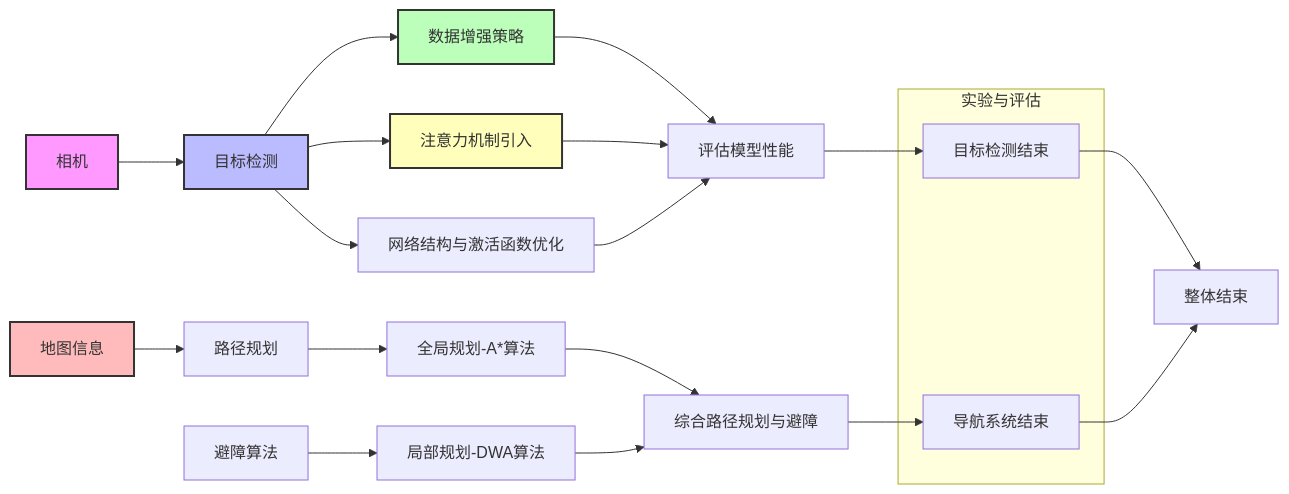
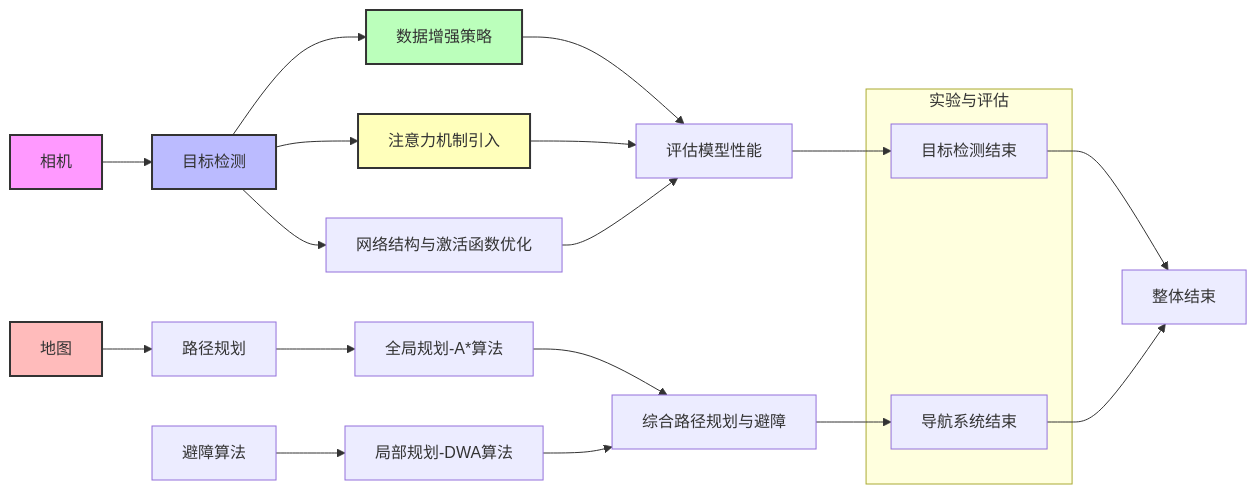
One commit to 1831380633/iodraw-files changed the diagram in all/未命名-1.md. Above: the diagram before and after it, drawn with Mermaid.

Commit message:
2024-12-18 14:59:12 update

````diff
--- a/all/未命名-1.md
+++ b/all/未命名-1.md
@@ -1,36 +1,37 @@
 ```mermaid
 graph LR
     style A fill:#f9f,stroke:#333,stroke-width:2px
     style B fill:#bbf,stroke:#333,stroke-width:2px
     style C fill:#fbb,stroke:#333,stroke-width:2px
     style D fill:#bfb,stroke:#333,stroke-width:2px
     style E fill:#ffb,stroke:#333,stroke-width:2px
 
     A[相机] --> B[目标检测]
-    C[地图信息]
+    C[地图]
     
     B --> D[数据增强策略]
     B --> E[注意力机制引入]
     B --> F[网络结构与激活函数优化]
     D --> G[评估模型性能]
     E --> G
     F --> G
     G --> H[目标检测结束]
     
     C --> I[路径规划]
 
     I --> K[全局规划-A*算法]
     J[避障算法] --> L[局部规划-DWA算法]
+    
     K --> M[综合路径规划与避障]
     L --> M
     M --> N[导航系统结束]
     
     H --> O[整体结束]
     N --> O
 
     subgraph 实验与评估
         H
         N
     end
 
 ```
````
